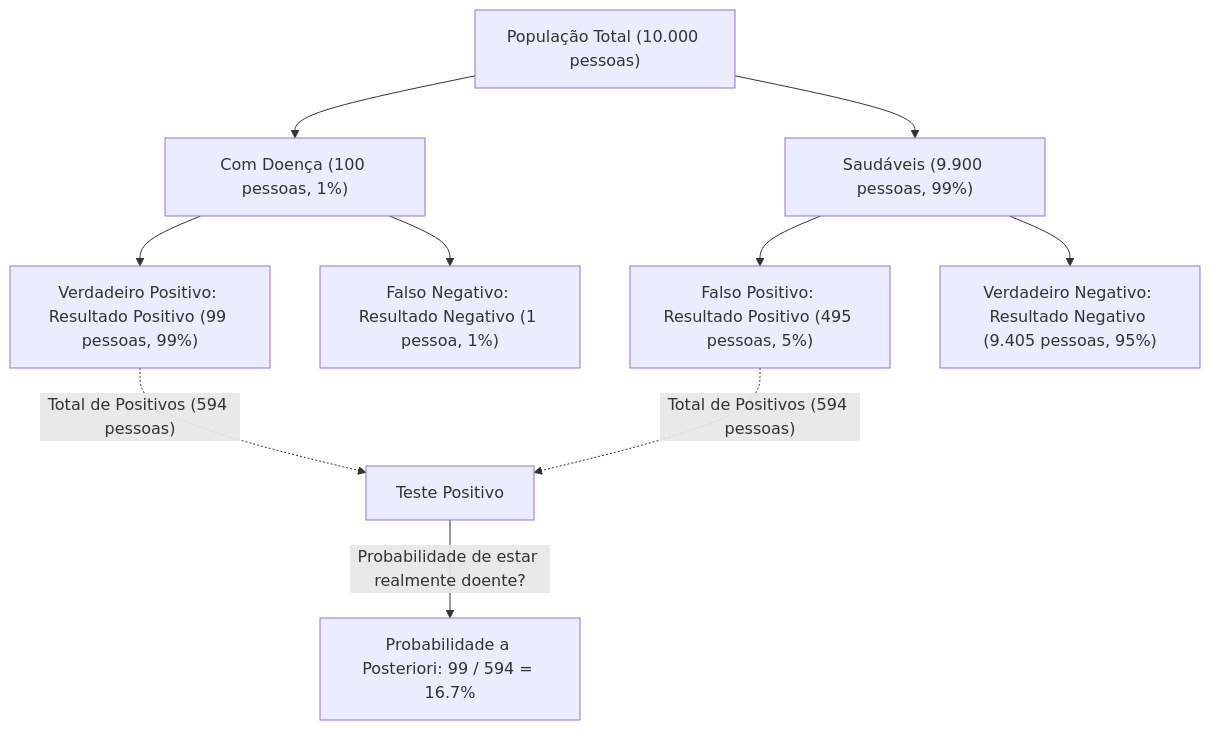
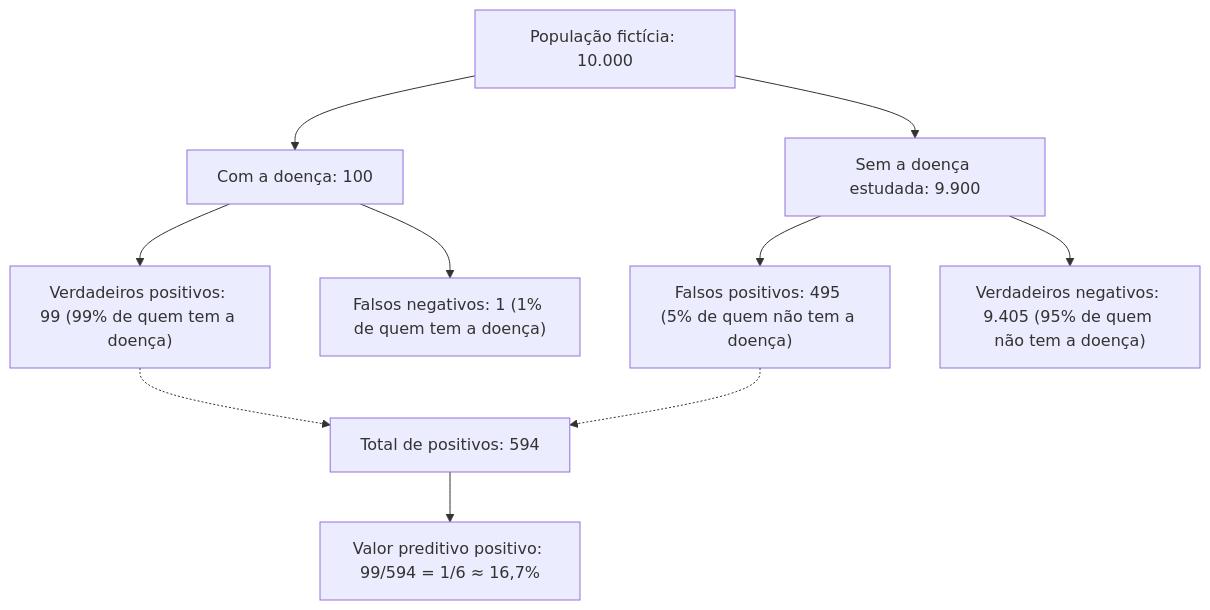
One commit to kenjinote/blog changed the first of 2 diagrams in content/post/bayes-theorem/index.pt.md. Above: the diagram before and after it, drawn with Mermaid. The commit also changed other lines of this file and 8 other files, not shown here.

````diff
--- a/content/post/bayes-theorem/index.pt.md
+++ b/content/post/bayes-theorem/index.pt.md
@@ -83,16 +114,12 @@
 ```mermaid
 flowchart TD
-    Population["População Total (10.000 pessoas)"] --> Disease["Com Doença (100 pessoas, 1%)"]
-    Population --> Healthy["Saudáveis (9.900 pessoas, 99%)"]
-    
-    Disease --> TruePositive["Verdadeiro Positivo: Resultado Positivo (99 pessoas, 99%)"]
-    Disease --> FalseNegative["Falso Negativo: Resultado Negativo (1 pessoa, 1%)"]
-    
-    Healthy --> FalsePositive["Falso Positivo: Resultado Positivo (495 pessoas, 5%)"]
-    Healthy --> TrueNegative["Verdadeiro Negativo: Resultado Negativo (9.405 pessoas, 95%)"]
-
-    TruePositive -.->|"Total de Positivos (594 pessoas)"| AllPositives["Teste Positivo"]
-    FalsePositive -.->|"Total de Positivos (594 pessoas)"| AllPositives
-    
-    AllPositives -->|"Probabilidade de estar realmente doente?"| Posterior["Probabilidade a Posteriori: 99 / 594 = 16.7%"]
+    Population["População fictícia: 10.000"] --> Disease["Com a doença: 100"]
+    Population --> NoDisease["Sem a doença estudada: 9.900"]
+    Disease --> TP["Verdadeiros positivos: 99 (99% de quem tem a doença)"]
+    Disease --> FN["Falsos negativos: 1 (1% de quem tem a doença)"]
+    NoDisease --> FP["Falsos positivos: 495 (5% de quem não tem a doença)"]
+    NoDisease --> TN["Verdadeiros negativos: 9.405 (95% de quem não tem a doença)"]
+    TP -.-> AllPositive["Total de positivos: 594"]
+    FP -.-> AllPositive
+    AllPositive --> PPV["Valor preditivo positivo: 99/594 = 1/6 ≈ 16,7%"]
 ```
````
